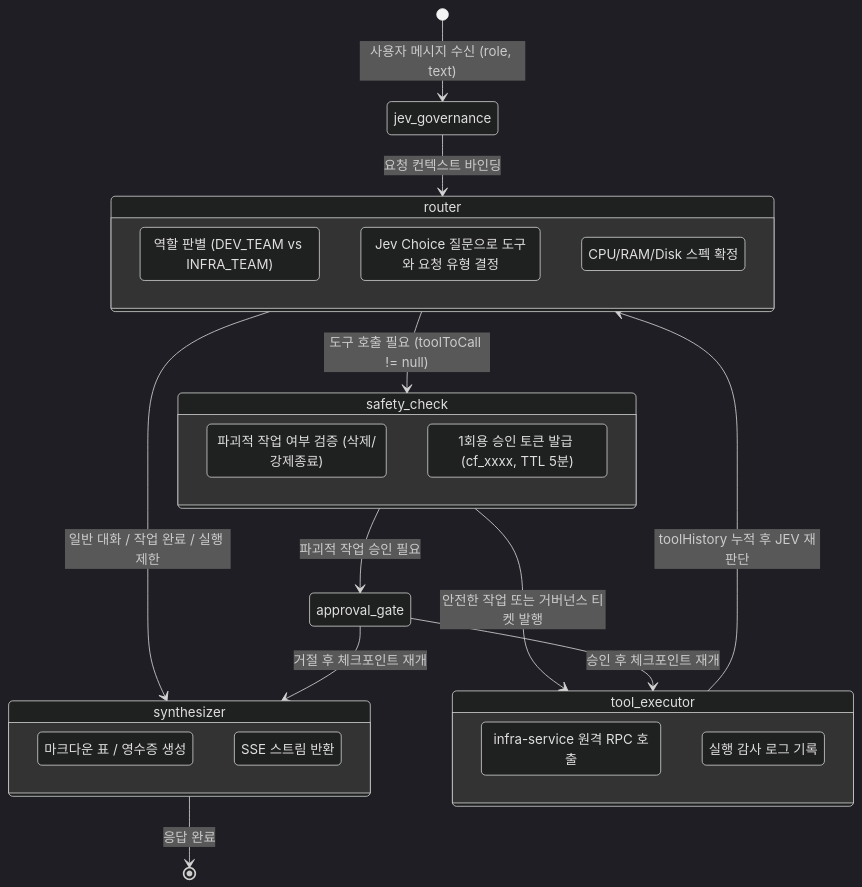
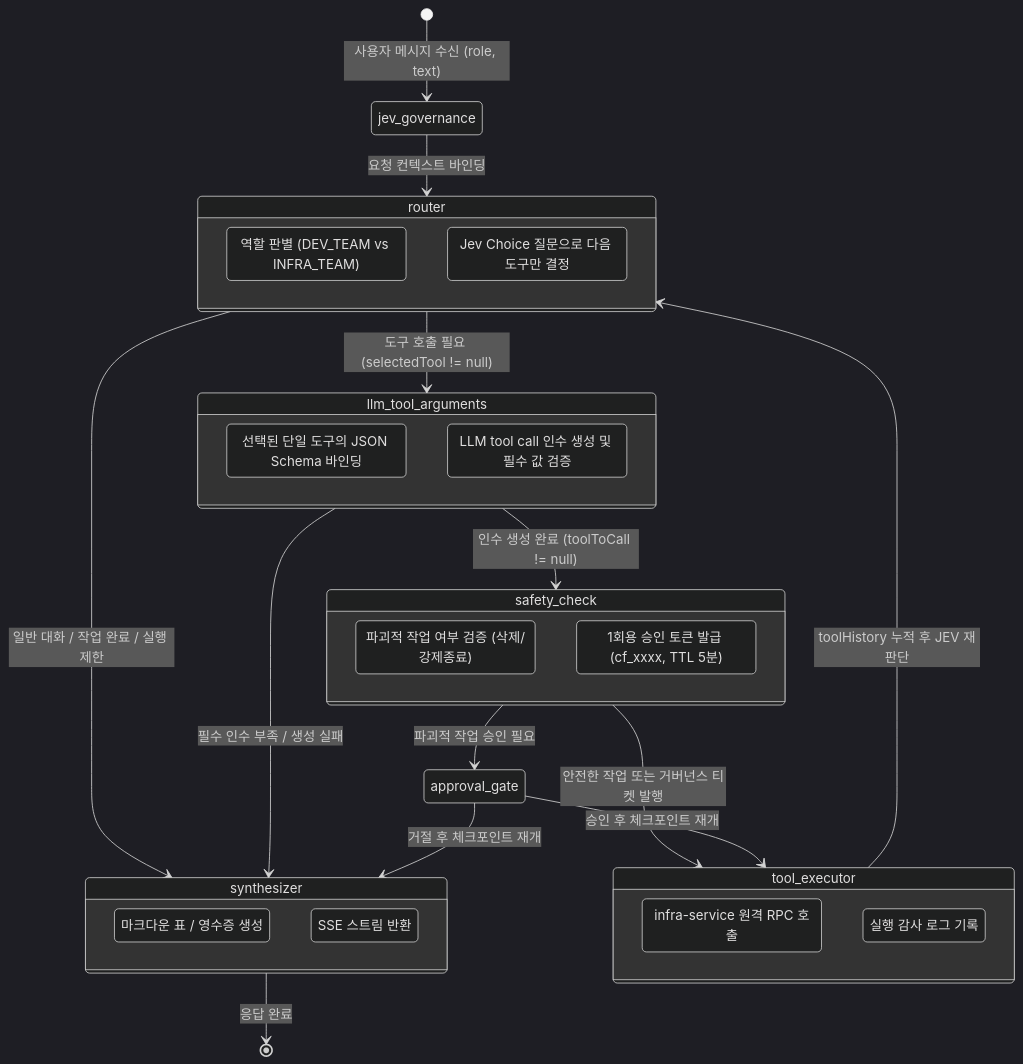
One commit to sjungwon03/jev-langgraph-example changed the fourth of 4 diagrams in docs/ARCHITECTURE.md. Above: the diagram before and after it, drawn with Mermaid (dark theme). The commit also changed other lines of this file and 3 other files, not shown here.

Commit message:
Delegate tool arguments to LLM

````diff
--- a/docs/ARCHITECTURE.md
+++ b/docs/ARCHITECTURE.md
@@ -174,43 +174,50 @@
 ```mermaid
 stateDiagram-v2
     [*] --> jev_governance: 사용자 메시지 수신 (role, text)
     jev_governance --> router: 요청 컨텍스트 바인딩
     
     state router {
         direction TB
         RoleCheck: 역할 판별 (DEV_TEAM vs INFRA_TEAM)
-        JevChoice: Jev Choice 질문으로 도구와 요청 유형 결정
-        SpecExtract: CPU/RAM/Disk 스펙 확정
+        JevChoice: Jev Choice 질문으로 다음 도구만 결정
     }
 
-    router --> safety_check: 도구 호출 필요 (toolToCall != null)
+    state llm_tool_arguments {
+        direction TB
+        BindSchema: 선택된 단일 도구의 JSON Schema 바인딩
+        StructuredCall: LLM tool call 인수 생성 및 필수 값 검증
+    }
+
+    router --> llm_tool_arguments: 도구 호출 필요 (selectedTool != null)
     router --> synthesizer: 일반 대화 / 작업 완료 / 실행 제한
+    llm_tool_arguments --> safety_check: 인수 생성 완료 (toolToCall != null)
+    llm_tool_arguments --> synthesizer: 필수 인수 부족 / 생성 실패
 
     state safety_check {
         direction TB
         IsDestructive: 파괴적 작업 여부 검증 (삭제/강제종료)
         IssueToken: 1회용 승인 토큰 발급 (cf_xxxx, TTL 5분)
     }
 
     safety_check --> approval_gate: 파괴적 작업 승인 필요
     safety_check --> tool_executor: 안전한 작업 또는 거버넌스 티켓 발행
 
     approval_gate --> tool_executor: 승인 후 체크포인트 재개
     approval_gate --> synthesizer: 거절 후 체크포인트 재개
 
     state tool_executor {
         direction TB
         RemoteRPC: infra-service 원격 RPC 호출
         AuditRecord: 실행 감사 로그 기록
     }
 
     tool_executor --> router: toolHistory 누적 후 JEV 재판단
 
     state synthesizer {
         direction TB
         FormatReceipt: 마크다운 표 / 영수증 생성
         StreamResponse: SSE 스트림 반환
     }
 
     synthesizer --> [*]: 응답 완료
 ```
````
